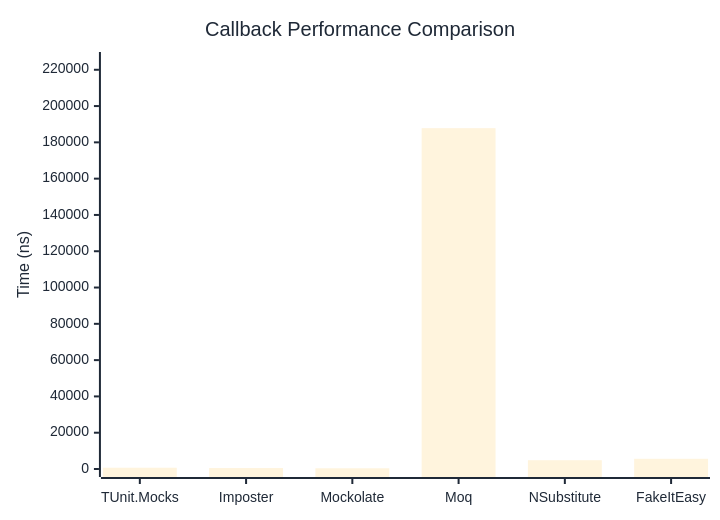
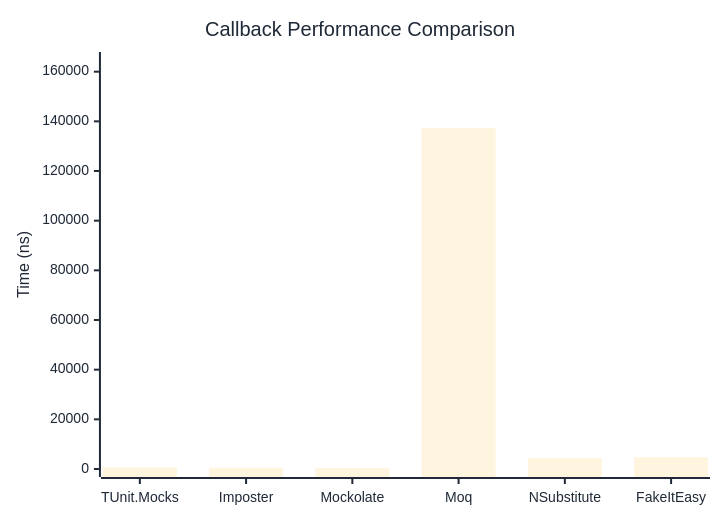
One commit to thomhurst/TUnit changed the first of 2 diagrams in docs/docs/benchmarks/mocks/Callback.md. Above: the diagram before and after it, drawn with Mermaid. The commit also changed other lines of this file and 14 other files, not shown here.

````diff
--- a/docs/docs/benchmarks/mocks/Callback.md
+++ b/docs/docs/benchmarks/mocks/Callback.md
@@ -28,27 +28,27 @@
 ```mermaid
 %%{init: {
   'theme':'base',
   'themeVariables': {
     'primaryColor': '#2563eb',
     'primaryTextColor': '#1f2937',
     'primaryBorderColor': '#1e40af',
     'lineColor': '#6b7280',
     'secondaryColor': '#7c3aed',
     'tertiaryColor': '#dc2626',
     'background': '#ffffff',
     'pie1': '#2563eb',
     'pie2': '#7c3aed',
     'pie3': '#dc2626',
     'pie4': '#f59e0b',
     'pie5': '#10b981',
     'pie6': '#06b6d4',
     'pie7': '#ec4899',
     'pie8': '#6366f1'
   }
 }}%%
 xychart-beta
   title "Callback Performance Comparison"
   x-axis ["TUnit.Mocks", "Imposter", "Mockolate", "Moq", "NSubstitute", "FakeItEasy"]
-  y-axis "Time (ns)" 0 --> 225382
-  bar [691.4, 529.7, 404, 187818, 4835.2, 5631.2]
+  y-axis "Time (ns)" 0 --> 164701
+  bar [635.3, 486.4, 359.7, 137250.1, 4395.7, 4737.5]
 ```
````
